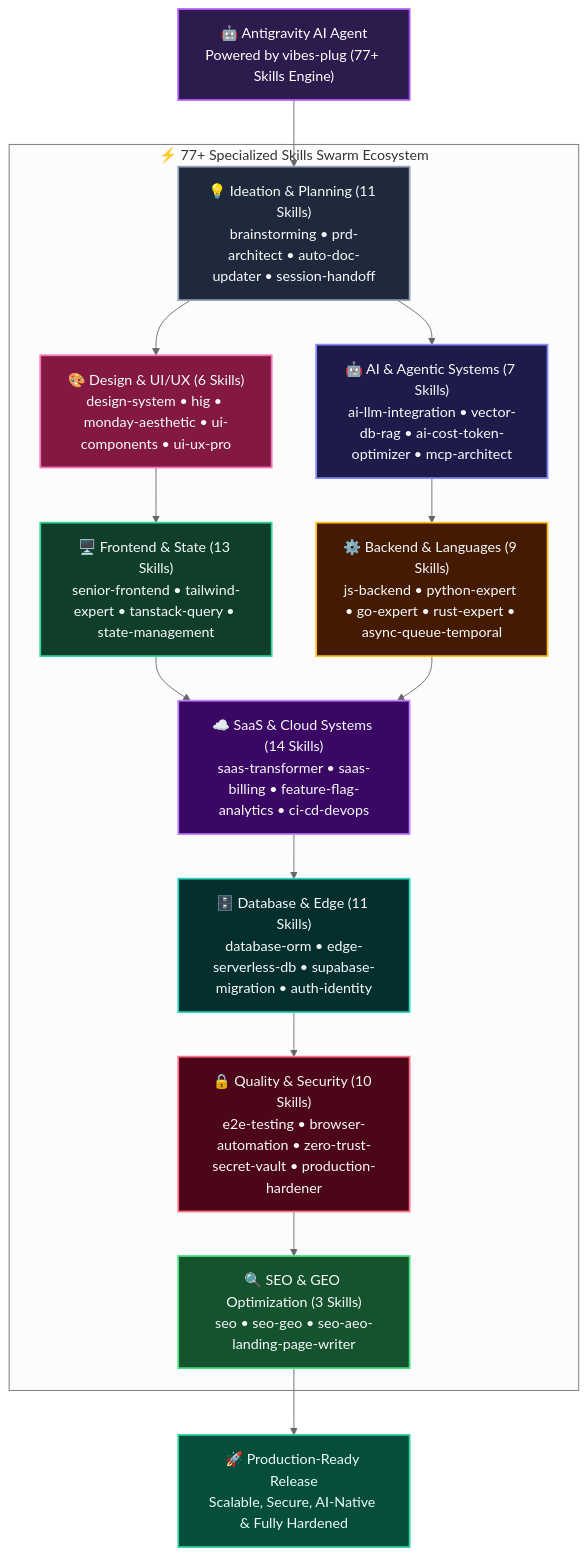
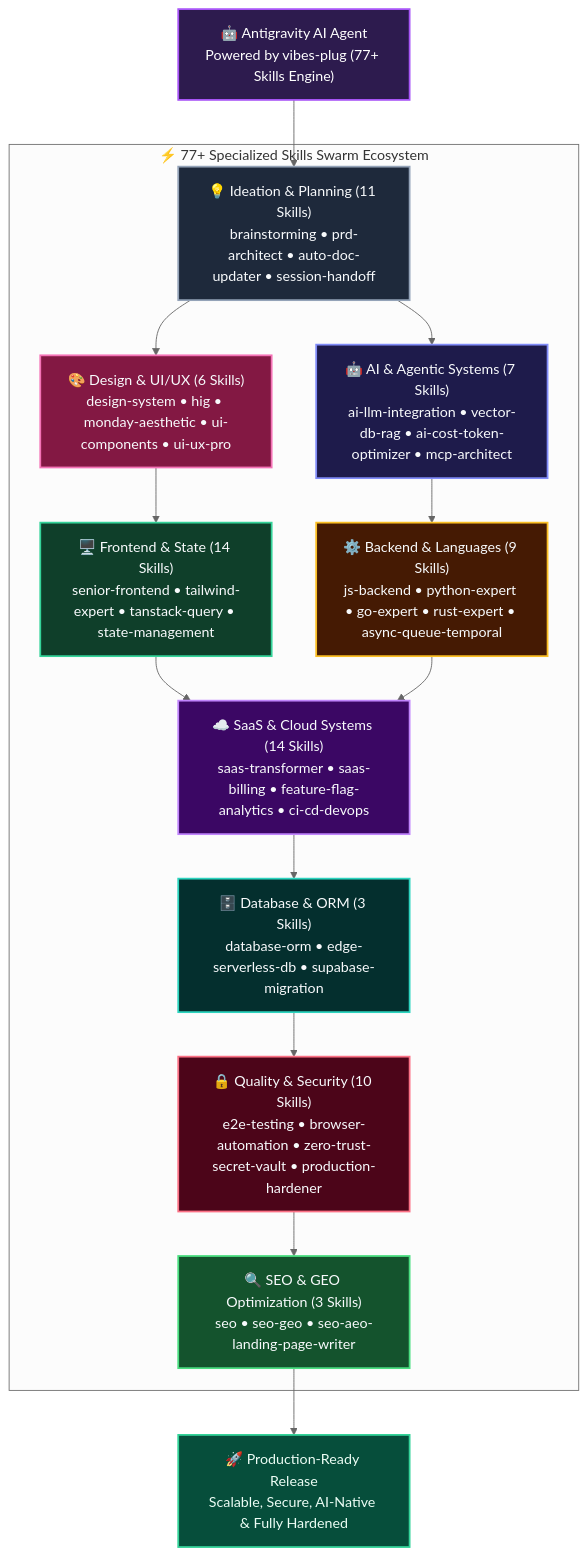
One commit to roedyrustam/vibes-plug changed the diagram in README.md. Above: the diagram before and after it, drawn with Mermaid (neutral theme).

Commit message:
docs: update skill counts and category naming for frontend and database sections in README

````diff
--- a/README.md
+++ b/README.md
@@ -14,54 +14,54 @@
 ```mermaid
 graph TD
     AGY["🤖 Antigravity AI Agent<br/>Powered by vibes-plug (77+ Skills Engine)"]
 
     subgraph SWARM["⚡ 77+ Specialized Skills Swarm Ecosystem"]
         D9["💡 Ideation & Planning (11 Skills)<br/>brainstorming • prd-architect • auto-doc-updater • session-handoff"]
         D1["🤖 AI & Agentic Systems (7 Skills)<br/>ai-llm-integration • vector-db-rag • ai-cost-token-optimizer • mcp-architect"]
         D2["🎨 Design & UI/UX (6 Skills)<br/>design-system • hig • monday-aesthetic • ui-components • ui-ux-pro"]
-        D3["🖥️ Frontend & State (13 Skills)<br/>senior-frontend • tailwind-expert • tanstack-query • state-management"]
+        D3["🖥️ Frontend & State (14 Skills)<br/>senior-frontend • tailwind-expert • tanstack-query • state-management"]
         D4["⚙️ Backend & Languages (9 Skills)<br/>js-backend • python-expert • go-expert • rust-expert • async-queue-temporal"]
         D5["☁️ SaaS & Cloud Systems (14 Skills)<br/>saas-transformer • saas-billing • feature-flag-analytics • ci-cd-devops"]
-        D6["🗄️ Database & Edge (11 Skills)<br/>database-orm • edge-serverless-db • supabase-migration • auth-identity"]
+        D6["🗄️ Database & ORM (3 Skills)<br/>database-orm • edge-serverless-db • supabase-migration"]
         D7["🔒 Quality & Security (10 Skills)<br/>e2e-testing • browser-automation • zero-trust-secret-vault • production-hardener"]
         D8["🔍 SEO & GEO Optimization (3 Skills)<br/>seo • seo-geo • seo-aeo-landing-page-writer"]
     end
 
     PROD["🚀 Production-Ready Release<br/>Scalable, Secure, AI-Native & Fully Hardened"]
 
     AGY --> D9
     D9 --> D1
     D9 --> D2
     D1 --> D4
     D2 --> D3
     D3 --> D5
     D4 --> D5
     D5 --> D6
     D6 --> D7
     D7 --> D8
     D8 --> PROD
 
     classDef hero fill:#2d1b4e,stroke:#a855f7,stroke-width:2px,color:#fff;
     classDef ai fill:#1e1b4b,stroke:#818cf8,stroke-width:2px,color:#f8fafc;
     classDef ui fill:#831843,stroke:#f472b6,stroke-width:2px,color:#f8fafc;
     classDef front fill:#0f3f2a,stroke:#34d399,stroke-width:2px,color:#f8fafc;
     classDef back fill:#451a03,stroke:#fbbf24,stroke-width:2px,color:#f8fafc;
     classDef saas fill:#3b0764,stroke:#c084fc,stroke-width:2px,color:#f8fafc;
     classDef db fill:#042f2e,stroke:#2dd4bf,stroke-width:2px,color:#f8fafc;
     classDef sec fill:#4c0519,stroke:#fb7185,stroke-width:2px,color:#f8fafc;
     classDef seo fill:#14532d,stroke:#4ade80,stroke-width:2px,color:#f8fafc;
     classDef util fill:#1e293b,stroke:#94a3b8,stroke-width:2px,color:#f8fafc;
     classDef target fill:#064e3b,stroke:#34d399,stroke-width:2px,color:#ecfdf5;
 
     class AGY hero;
     class D9 util;
     class D1 ai;
     class D2 ui;
     class D3 front;
     class D4 back;
     class D5 saas;
     class D6 db;
     class D7 sec;
     class D8 seo;
     class PROD target;
 ```
````
